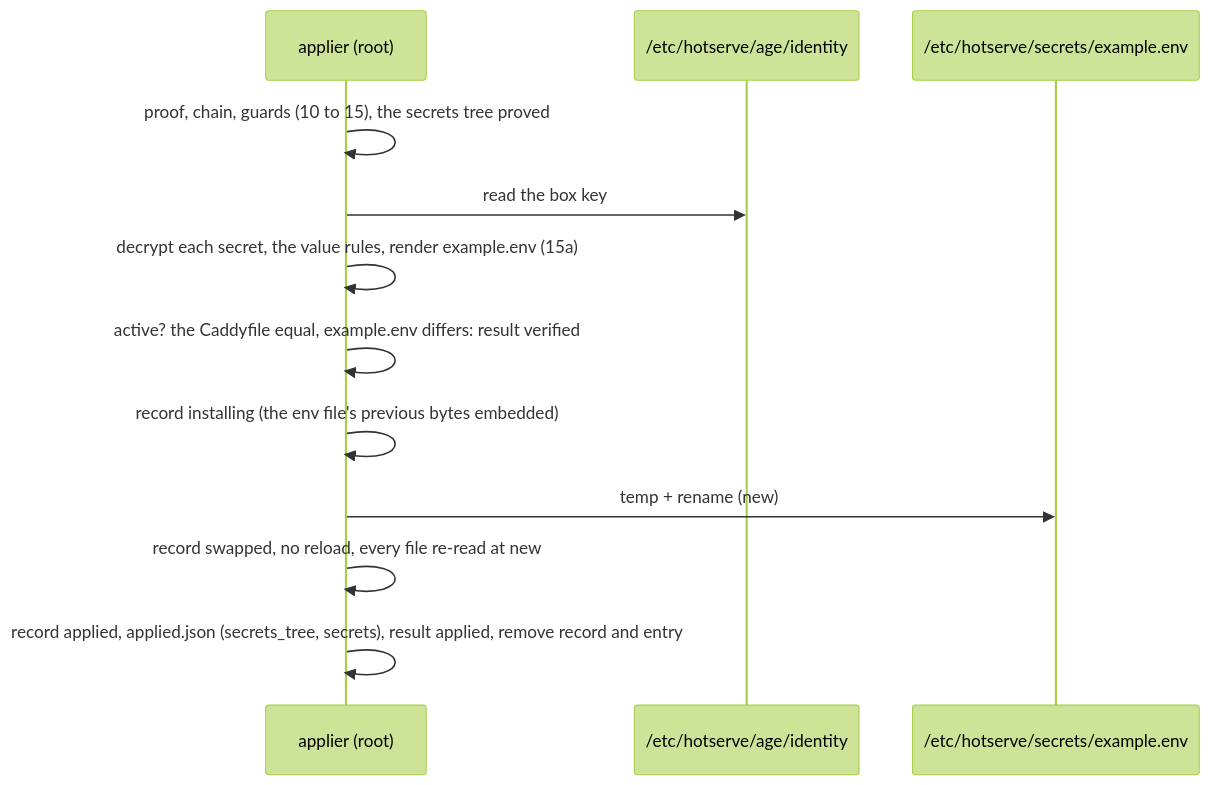
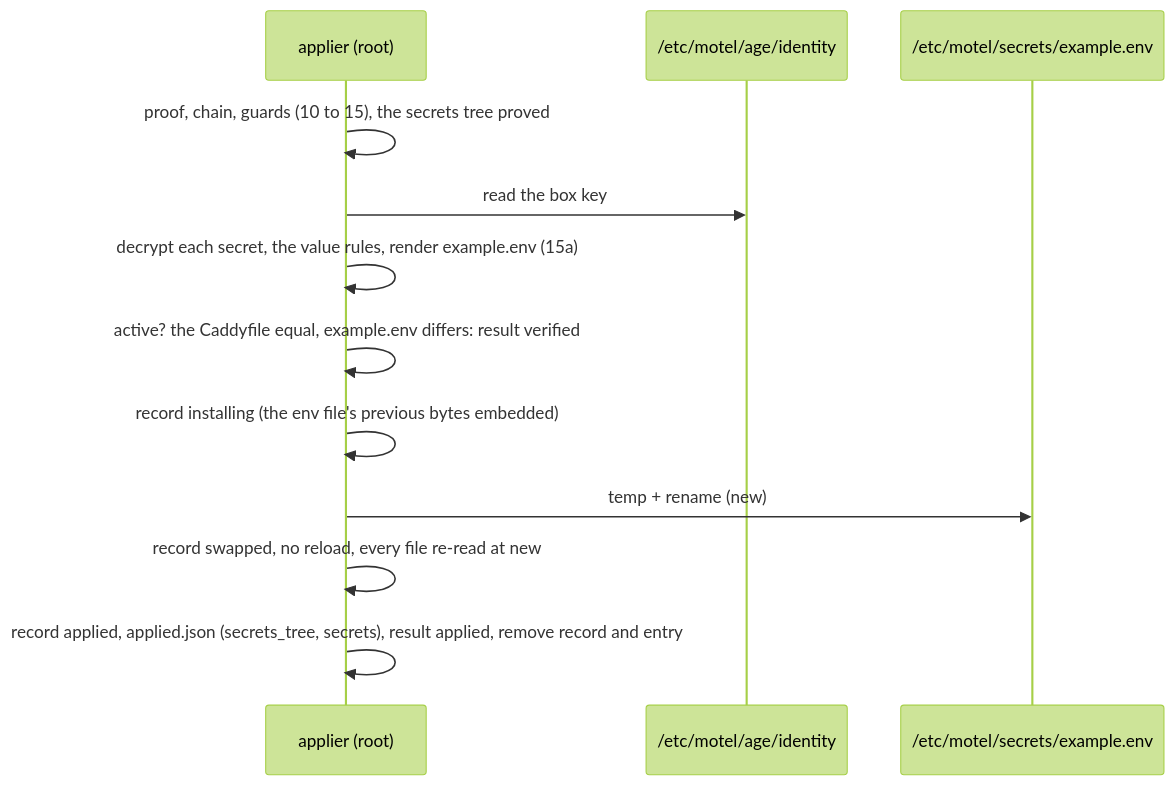
Before and after one commit to earthlingdavey/hotserve: the fourth of 4 diagrams in box/DESIGN-box.md, drawn with Mermaid (forest theme). The commit also changed other lines of this file and 390 other files, not shown here.

````diff
--- a/box/DESIGN-box.md
+++ b/box/DESIGN-box.md
@@ -2063,14 +2063,14 @@
 ```mermaid
 sequenceDiagram
     participant A as applier (root)
-    participant K as /etc/hotserve/age/identity
-    participant E as /etc/hotserve/secrets/example.env
+    participant K as /etc/motel/age/identity
+    participant E as /etc/motel/secrets/example.env
     A->>A: proof, chain, guards (10 to 15), the secrets tree proved
     A->>K: read the box key
     A->>A: decrypt each secret, the value rules, render example.env (15a)
     A->>A: active? the Caddyfile equal, example.env differs: result verified
     A->>A: record installing (the env file's previous bytes embedded)
     A->>E: temp + rename (new)
     A->>A: record swapped, no reload, every file re-read at new
     A->>A: record applied, applied.json (secrets_tree, secrets), result applied, remove record and entry
 ```
````
